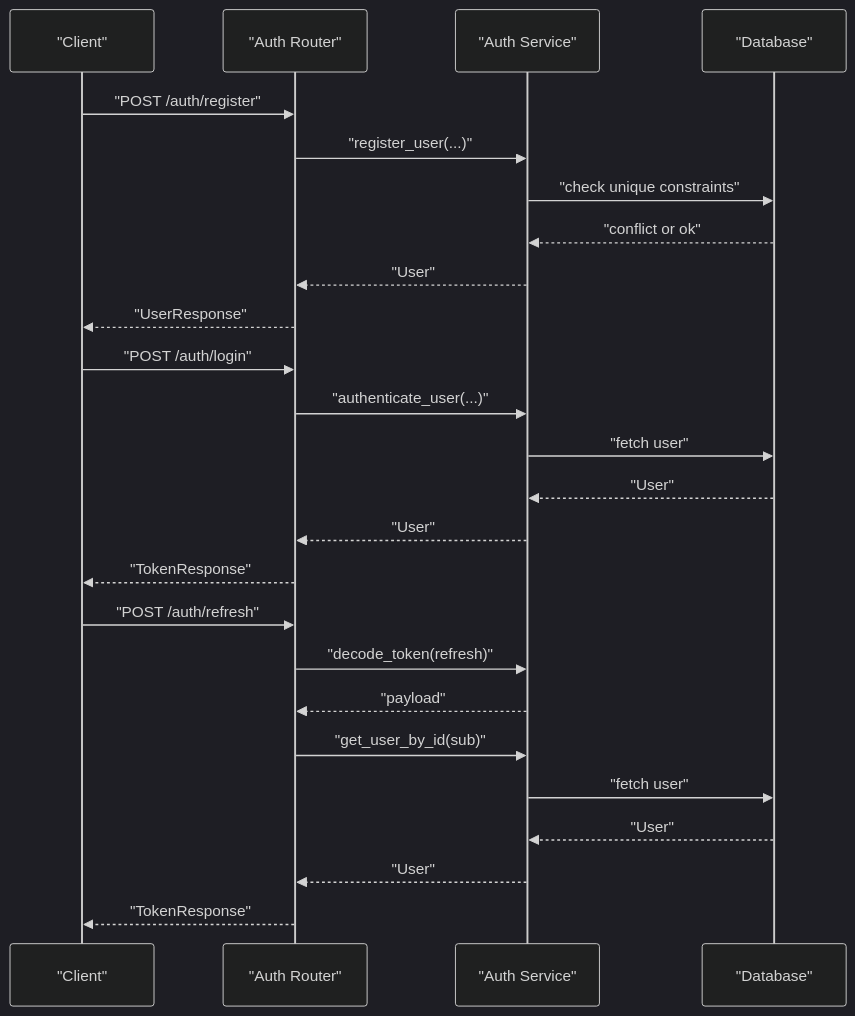
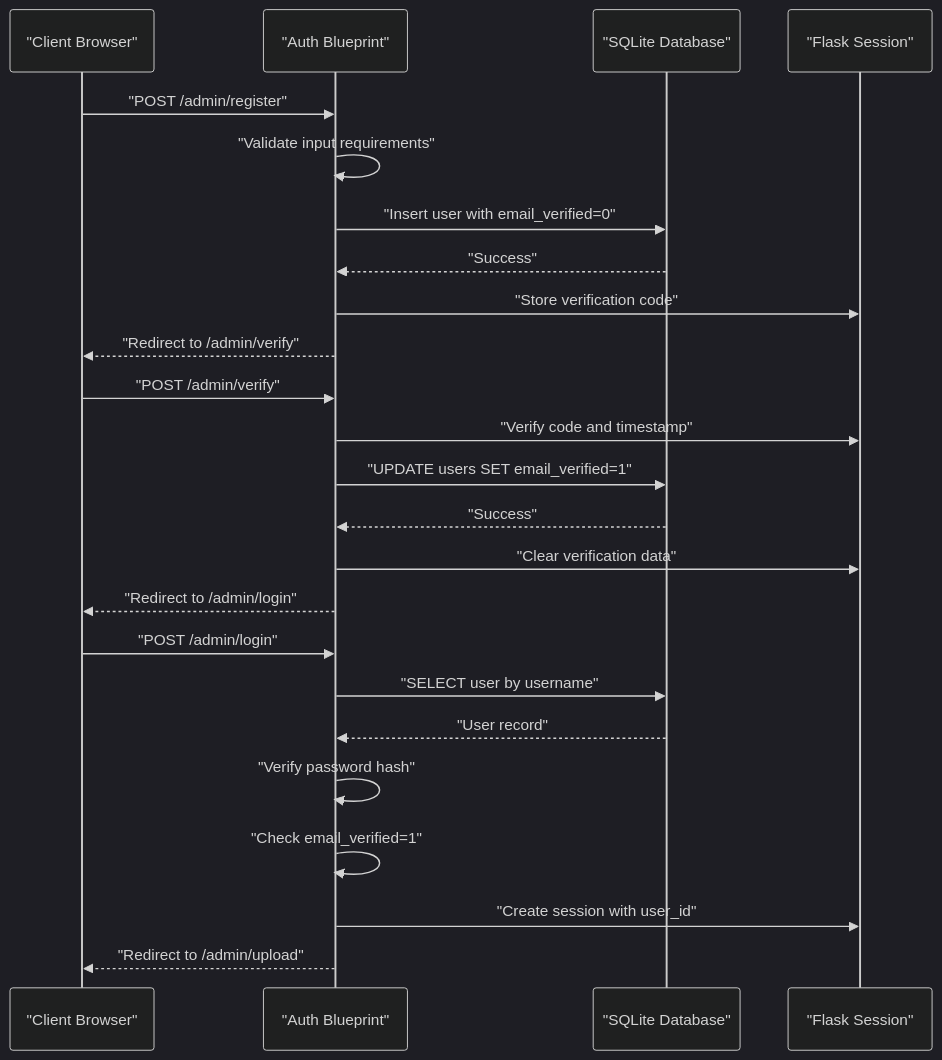
The fourth of 5 diagrams in .qoder/repowiki/en/content/Database Design.md (PolarisW007/PolaZhenJing), drawn with Mermaid (dark theme) before and after one commit. The commit also changed other lines of this file and 153 other files, not shown here.

````diff
--- a/.qoder/repowiki/en/content/Database Design.md
+++ b/.qoder/repowiki/en/content/Database Design.md
@@ -314,27 +154,26 @@
 ```mermaid
 sequenceDiagram
-participant Client as "Client"
-participant Auth as "Auth Router"
-participant Svc as "Auth Service"
-participant DB as "Database"
-Client->>Auth : "POST /auth/register"
-Auth->>Svc : "register_user(...)"
-Svc->>DB : "check unique constraints"
-DB-->>Svc : "conflict or ok"
-Svc-->>Auth : "User"
-Auth-->>Client : "UserResponse"
-Client->>Auth : "POST /auth/login"
-Auth->>Svc : "authenticate_user(...)"
-Svc->>DB : "fetch user"
-DB-->>Svc : "User"
-Svc-->>Auth : "User"
-Auth-->>Client : "TokenResponse"
-Client->>Auth : "POST /auth/refresh"
-Auth->>Svc : "decode_token(refresh)"
-Svc-->>Auth : "payload"
-Auth->>Svc : "get_user_by_id(sub)"
-Svc->>DB : "fetch user"
-DB-->>Svc : "User"
-Svc-->>Auth : "User"
-Auth-->>Client : "TokenResponse"
+participant Client as "Client Browser"
+participant Auth as "Auth Blueprint"
+participant DB as "SQLite Database"
+participant Session as "Flask Session"
+Client->>Auth : "POST /admin/register"
+Auth->>Auth : "Validate input requirements"
+Auth->>DB : "Insert user with email_verified=0"
+DB-->>Auth : "Success"
+Auth->>Session : "Store verification code"
+Auth-->>Client : "Redirect to /admin/verify"
+Client->>Auth : "POST /admin/verify"
+Auth->>Session : "Verify code and timestamp"
+Auth->>DB : "UPDATE users SET email_verified=1"
+DB-->>Auth : "Success"
+Auth->>Session : "Clear verification data"
+Auth-->>Client : "Redirect to /admin/login"
+Client->>Auth : "POST /admin/login"
+Auth->>DB : "SELECT user by username"
+DB-->>Auth : "User record"
+Auth->>Auth : "Verify password hash"
+Auth->>Auth : "Check email_verified=1"
+Auth->>Session : "Create session with user_id"
+Auth-->>Client : "Redirect to /admin/upload"
 ```
````
